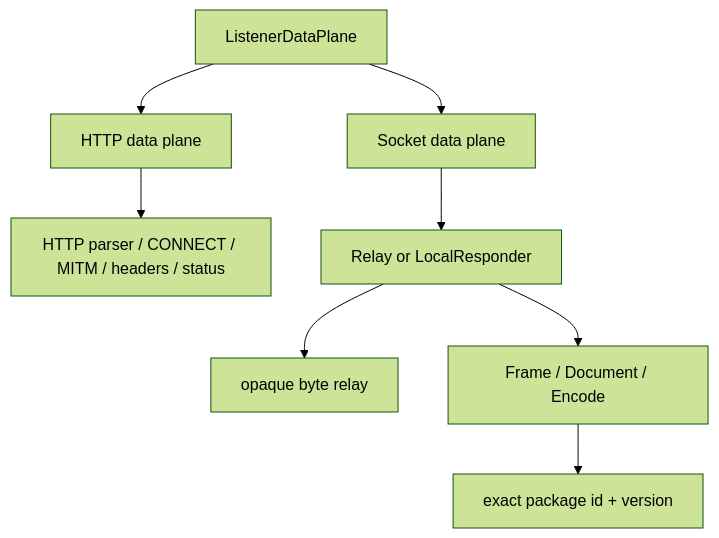
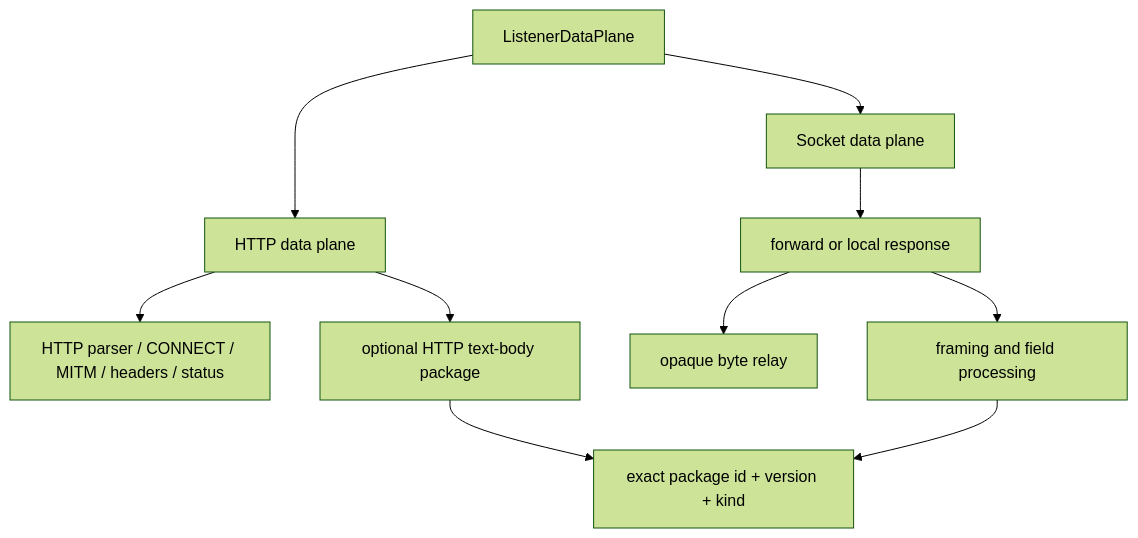
Before and after one commit to kouxko/gmofg-payment-proxy: the diagram in docs/architecture/protocol-boundaries.md, drawn with Mermaid (forest theme). The commit also changed other lines of this file and 324 other files, not shown here.

Commit message:
feat: unify protocol processing across HTTP and socket

````diff
--- a/docs/architecture/protocol-boundaries.md
+++ b/docs/architecture/protocol-boundaries.md
@@ -5,10 +5,12 @@
 ```mermaid
 flowchart TB
   ListenerDataPlane --> HTTP[HTTP data plane]
   ListenerDataPlane --> Socket[Socket data plane]
   HTTP --> Hyper[HTTP parser / CONNECT / MITM / headers / status]
-  Socket --> Topology[Relay or LocalResponder]
+  HTTP --> HTTPPackage[optional HTTP text-body package]
+  Socket --> Topology[forward or local response]
   Topology --> Direct[opaque byte relay]
-  Topology --> Scripted[Frame / Document / Encode]
-  Scripted --> Package[exact package id + version]
+  Topology --> Scripted[framing and field processing]
+  HTTPPackage --> Registry[exact package id + version + kind]
+  Scripted --> Registry
 ```
````
